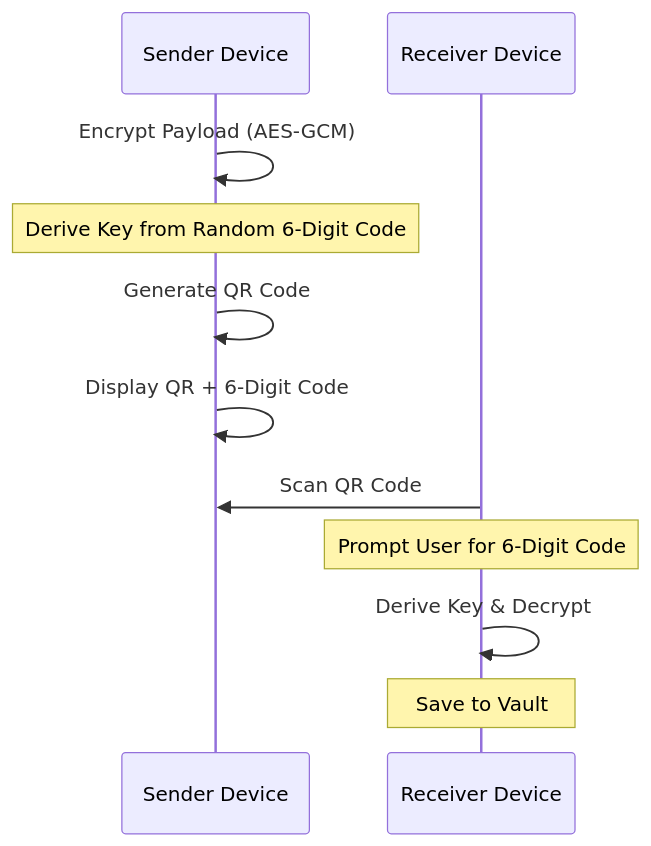
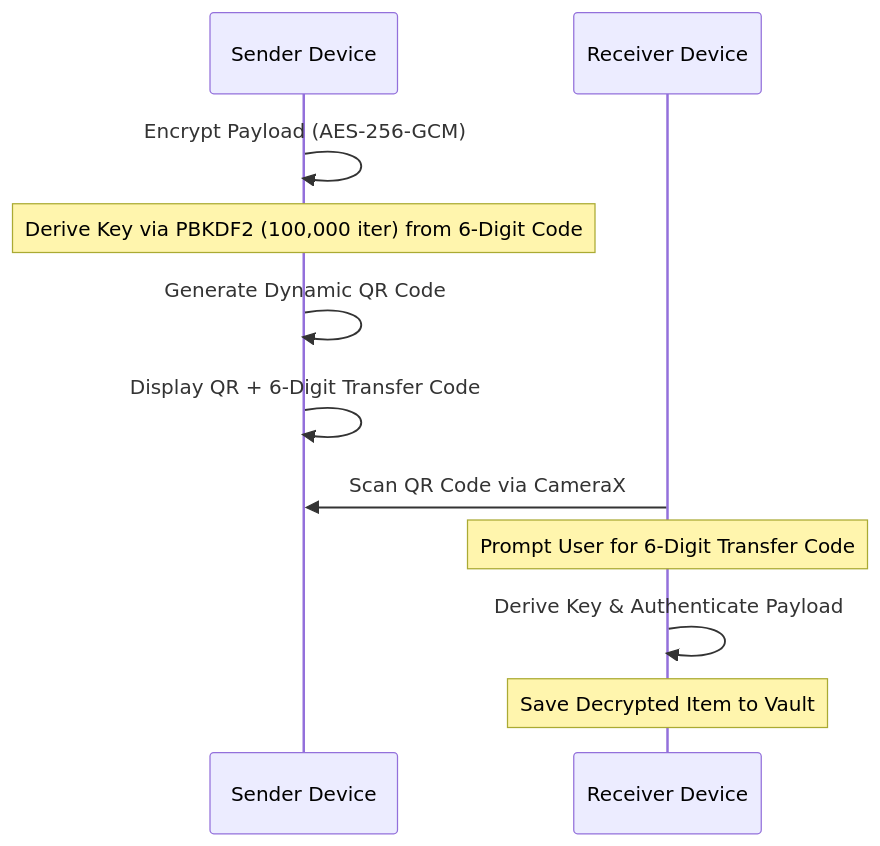
Before and after one commit to dwinsi/kunjika: the first of 2 diagrams in docs/features.md, drawn with Mermaid. The commit also changed other lines of this file and 17 other files, not shown here.

````diff
--- a/docs/features.md
+++ b/docs/features.md
@@ -20,13 +41,13 @@
 ```mermaid
 sequenceDiagram
     participant S as Sender Device
     participant R as Receiver Device
-    S->>S: Encrypt Payload (AES-GCM)
-    Note over S: Derive Key from Random 6-Digit Code
-    S->>S: Generate QR Code
-    S->>S: Display QR + 6-Digit Code
-    R->>S: Scan QR Code
-    Note over R: Prompt User for 6-Digit Code
-    R->>R: Derive Key & Decrypt
-    Note over R: Save to Vault
+    S->>S: Encrypt Payload (AES-256-GCM)
+    Note over S: Derive Key via PBKDF2 (100,000 iter) from 6-Digit Code
+    S->>S: Generate Dynamic QR Code
+    S->>S: Display QR + 6-Digit Transfer Code
+    R->>S: Scan QR Code via CameraX
+    Note over R: Prompt User for 6-Digit Transfer Code
+    R->>R: Derive Key & Authenticate Payload
+    Note over R: Save Decrypted Item to Vault
 ```
````
